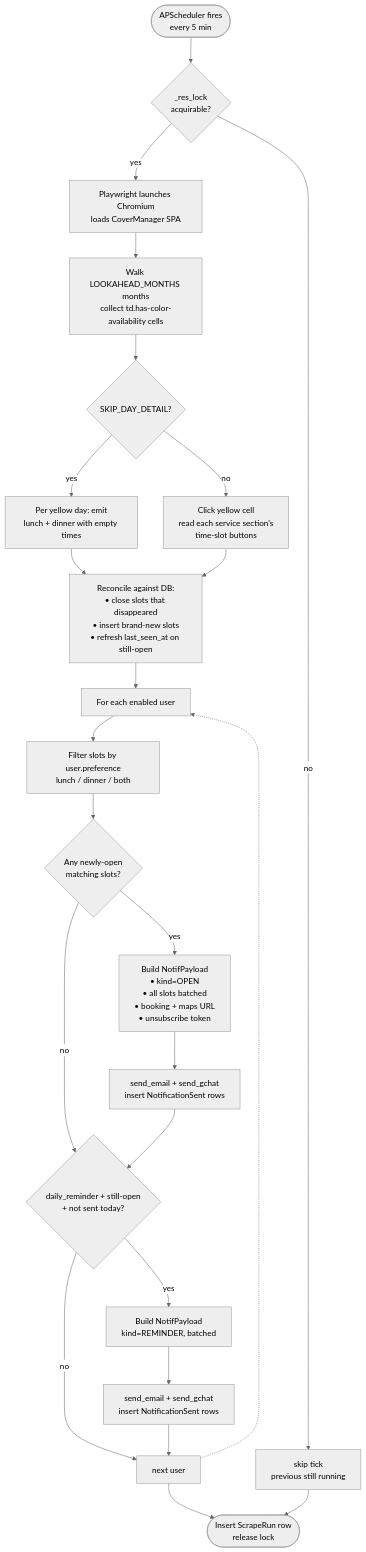
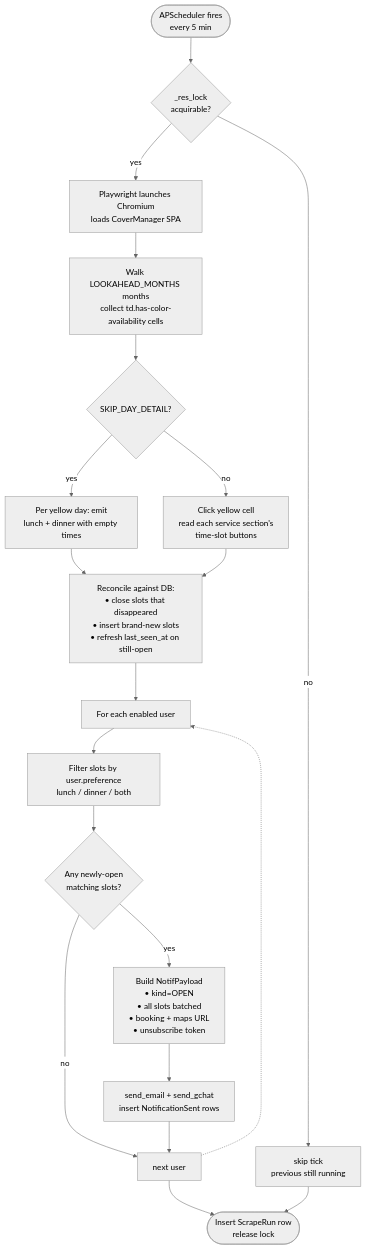
Before and after one commit to Blackyfi/lycee_hotelier_ui_scrapper: the fourth of 5 diagrams in ARCHITECTURE.md, drawn with Mermaid (neutral theme). The commit also changed other lines of this file and 48 other files, not shown here.

````diff
--- a/ARCHITECTURE.md
+++ b/ARCHITECTURE.md
@@ -240,28 +239,23 @@
 ```mermaid
 flowchart TD
     Tick([APScheduler fires<br/>every 5 min]) --> Lock{_res_lock<br/>acquirable?}
     Lock -- no --> Skip[skip tick<br/>previous still running]
     Lock -- yes --> Scrape[Playwright launches Chromium<br/>loads CoverManager SPA]
     Scrape --> Walk[Walk LOOKAHEAD_MONTHS months<br/>collect td.has-color-availability cells]
     Walk --> Detail{SKIP_DAY_DETAIL?}
     Detail -- yes --> ServBlock[Per yellow day: emit<br/>lunch + dinner with empty times]
     Detail -- no --> Drill[Click yellow cell<br/>read each service section's<br/>time-slot buttons]
     ServBlock --> Reconcile
     Drill --> Reconcile[Reconcile against DB:<br/>• close slots that disappeared<br/>• insert brand-new slots<br/>• refresh last_seen_at on still-open]
     Reconcile --> Loop[For each enabled user]
     Loop --> Filter[Filter slots by user.preference<br/>lunch / dinner / both]
     Filter --> NewOpen{Any newly-open<br/>matching slots?}
 
     NewOpen -- yes --> BuildOpen[Build NotifPayload<br/>• kind=OPEN<br/>• all slots batched<br/>• booking + maps URL<br/>• unsubscribe token]
     BuildOpen --> SendOpen[send_email + send_gchat<br/>insert NotificationSent rows]
-    NewOpen -- no --> Reminder
-    SendOpen --> Reminder{daily_reminder + still-open<br/>+ not sent today?}
-
-    Reminder -- yes --> BuildRem[Build NotifPayload<br/>kind=REMINDER, batched]
-    BuildRem --> SendRem[send_email + send_gchat<br/>insert NotificationSent rows]
-    Reminder -- no --> NextUser
-    SendRem --> NextUser[next user]
+    NewOpen -- no --> NextUser
+    SendOpen --> NextUser[next user]
     NextUser -.-> Loop
     NextUser --> Persist([Insert ScrapeRun row<br/>release lock])
     Skip --> Persist
 ```
````
